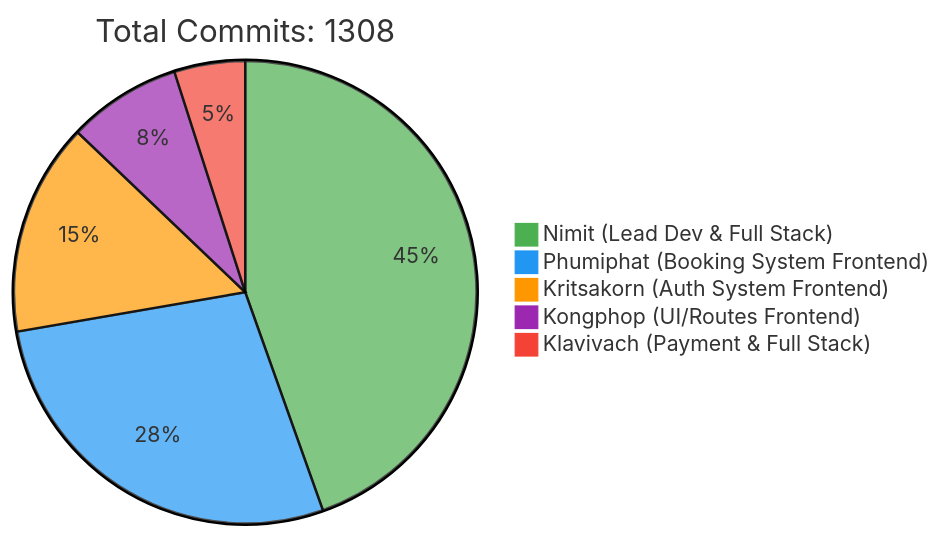
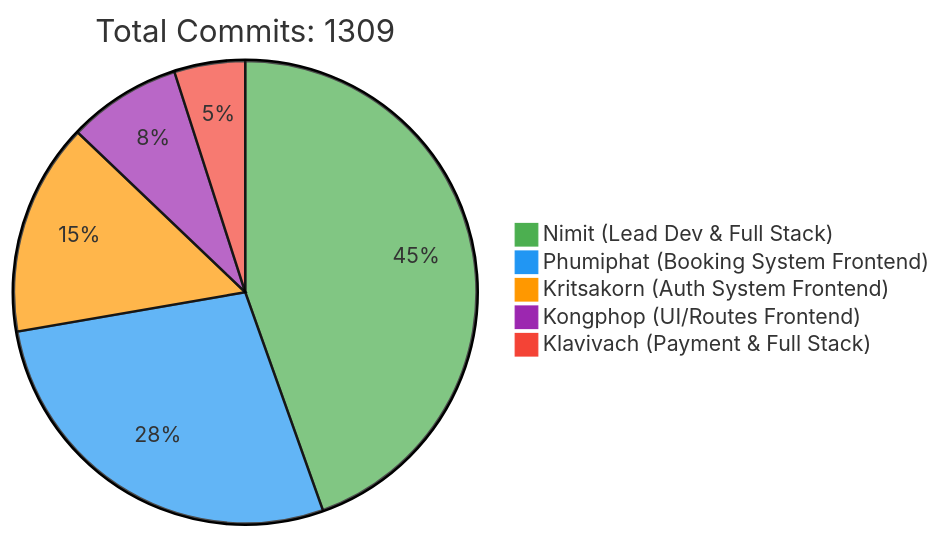
Before and after one commit to 6531503042/Sport-Complex: the first of 2 diagrams in README.md, drawn with Mermaid. The commit also changed other lines of this file, not shown here.

Commit message:
docs: Update contributor statistics [skip ci]

````diff
--- a/README.md
+++ b/README.md
@@ -257,10 +257,10 @@
 ```mermaid
 %%{init: {'theme': 'base', 'themeVariables': { 'pie1': '#4CAF50', 'pie2': '#2196F3', 'pie3': '#FF9800', 'pie4': '#9C27B0', 'pie5': '#F44336'}}}%%
 pie
-    title Total Commits: 1308
+    title Total Commits: 1309
     "Nimit (Lead Dev & Full Stack)" : 450
     "Phumiphat (Booking System Frontend)" : 280
     "Kritsakorn (Auth System Frontend)" : 150
     "Kongphop (UI/Routes Frontend)" : 80
     "Klavivach (Payment & Full Stack)" : 50
 ```
````
